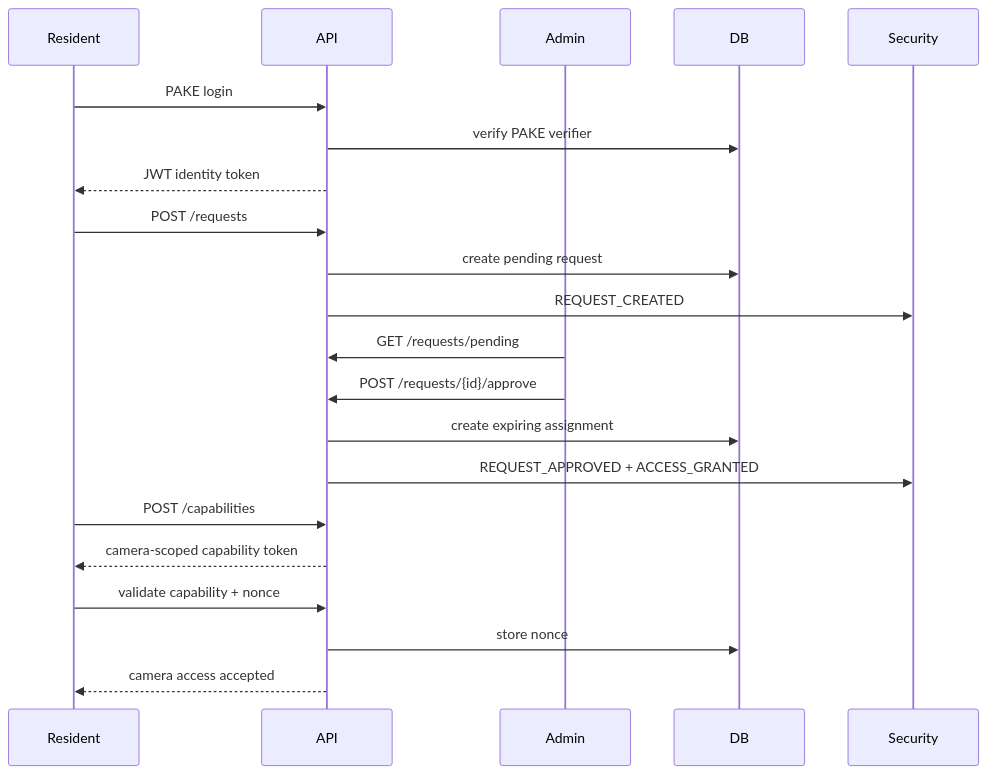
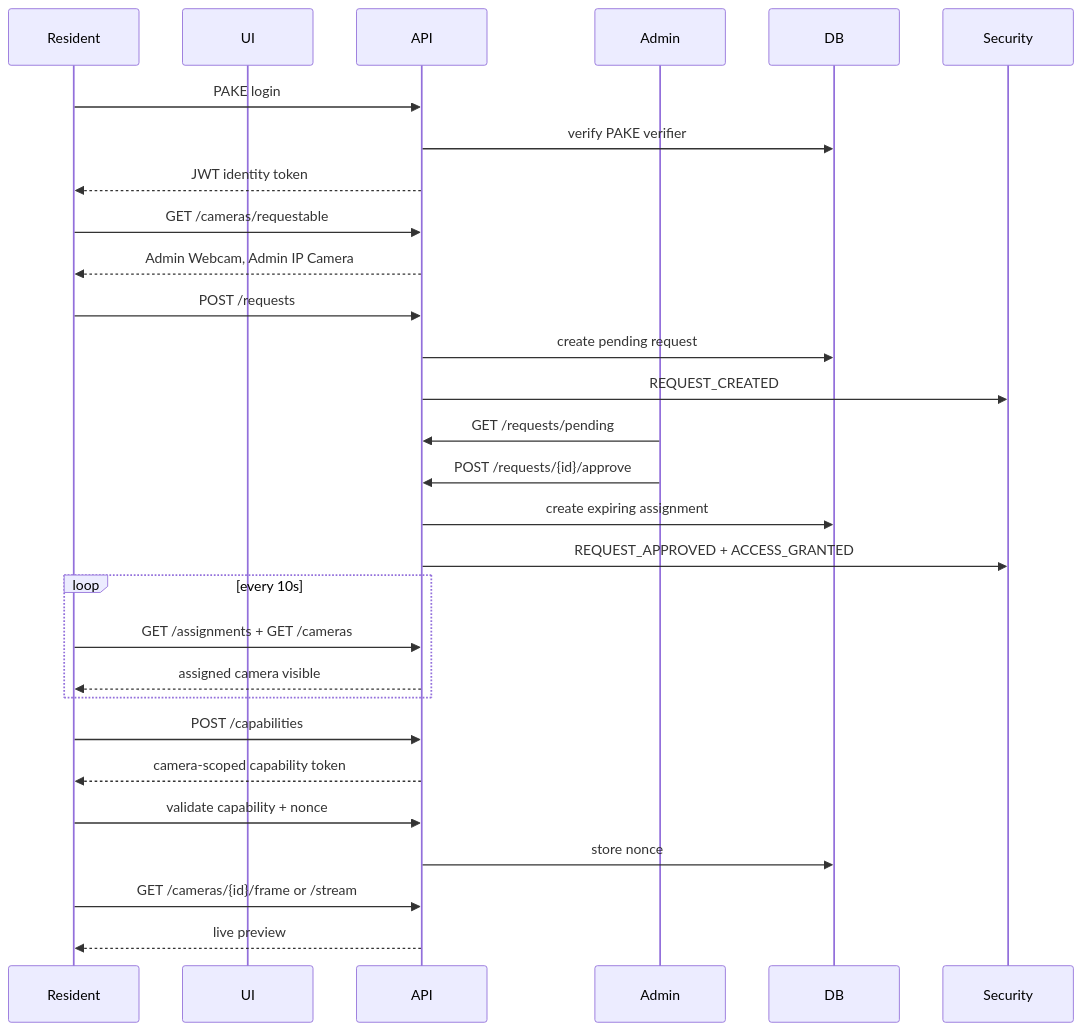
The third of 5 diagrams in docs/DIAGRAMS.md (NikhilParashuramBakale/NPS), drawn with Mermaid before and after one commit. The commit also changed other lines of this file and 4 other files, not shown here.

````diff
--- a/docs/DIAGRAMS.md
+++ b/docs/DIAGRAMS.md
@@ -70,24 +99,32 @@
 ```mermaid
 sequenceDiagram
   participant Resident
+  participant UI
   participant API
   participant Admin
   participant DB
   participant Security
 
   Resident->>API: PAKE login
   API->>DB: verify PAKE verifier
   API-->>Resident: JWT identity token
+  Resident->>API: GET /cameras/requestable
+  API-->>Resident: Admin Webcam, Admin IP Camera
   Resident->>API: POST /requests
   API->>DB: create pending request
   API->>Security: REQUEST_CREATED
   Admin->>API: GET /requests/pending
   Admin->>API: POST /requests/{id}/approve
   API->>DB: create expiring assignment
   API->>Security: REQUEST_APPROVED + ACCESS_GRANTED
+  loop every 10s
+    Resident->>API: GET /assignments + GET /cameras
+    API-->>Resident: assigned camera visible
+  end
   Resident->>API: POST /capabilities
   API-->>Resident: camera-scoped capability token
   Resident->>API: validate capability + nonce
   API->>DB: store nonce
-  API-->>Resident: camera access accepted
+  Resident->>API: GET /cameras/{id}/frame or /stream
+  API-->>Resident: live preview
 ```
````
